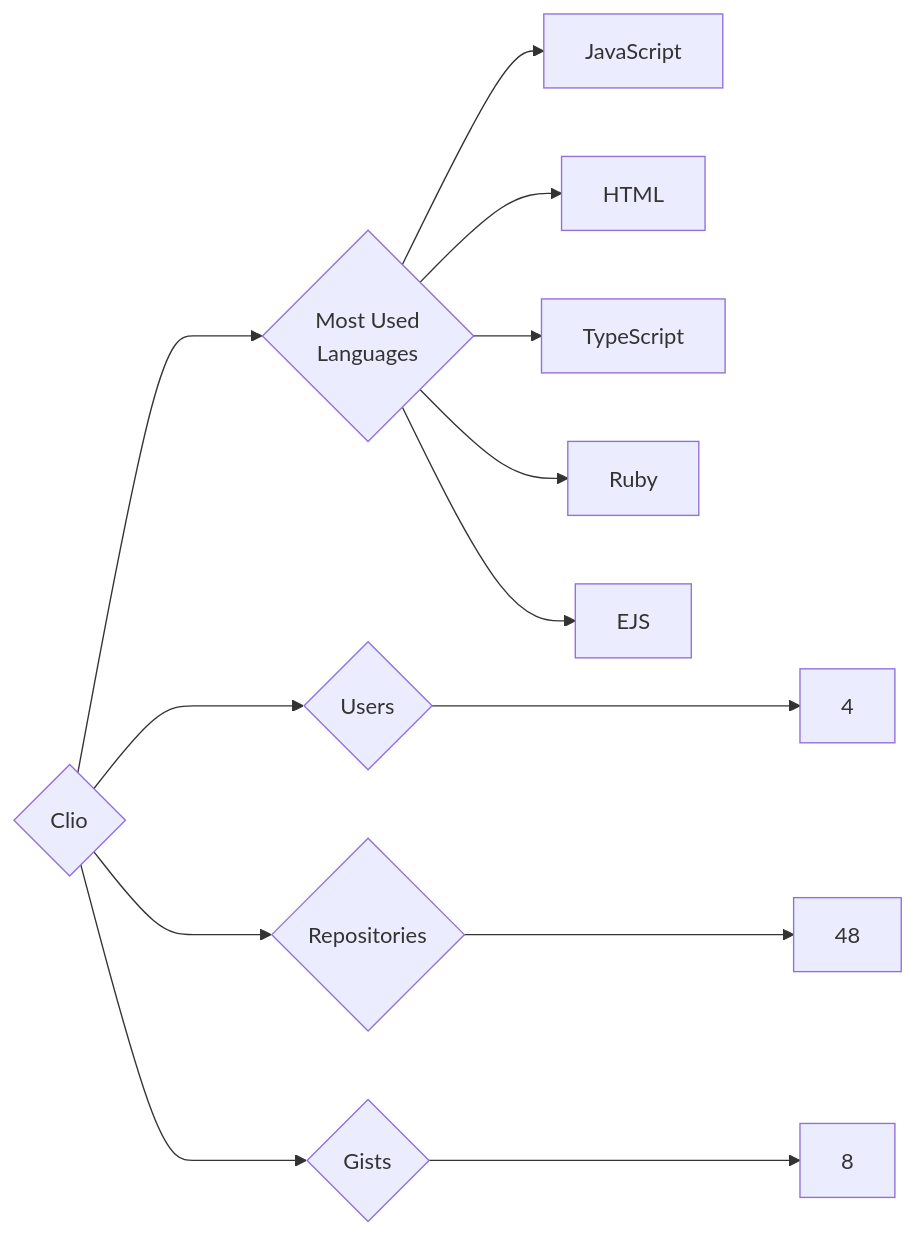
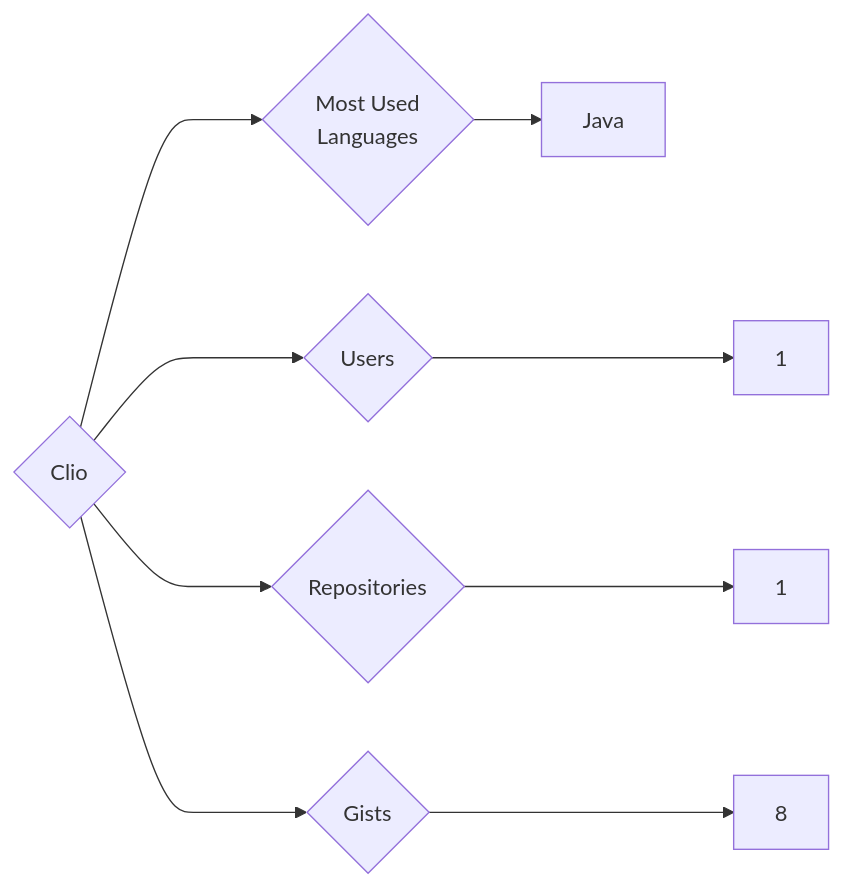
One commit to trickest/insiders changed the diagram in targets/Clio/README.md. Above: the diagram before and after it, drawn with Mermaid. The commit also changed 1036 other files, not shown here.

````diff
--- a/targets/Clio/README.md
+++ b/targets/Clio/README.md
@@ -3,13 +3,9 @@
 ```mermaid
 graph LR
 COMPANY_NAME{Clio}
-COMPANY_NAME ---> U{Users} ---> UN[4]
-COMPANY_NAME ---> R{Repositories} ---> RN[48]
+COMPANY_NAME ---> U{Users} ---> UN[1]
+COMPANY_NAME ---> R{Repositories} ---> RN[1]
 COMPANY_NAME ---> G{Gists} ---> GN[8]
 COMPANY_NAME ---> ML{Most Used<br>Languages}
-ML --> JavaScript[JavaScript]
-ML --> HTML[HTML]
-ML --> TypeScript[TypeScript]
-ML --> Ruby[Ruby]
-ML --> EJS[EJS]
+ML --> Java[Java]
 ```
````
